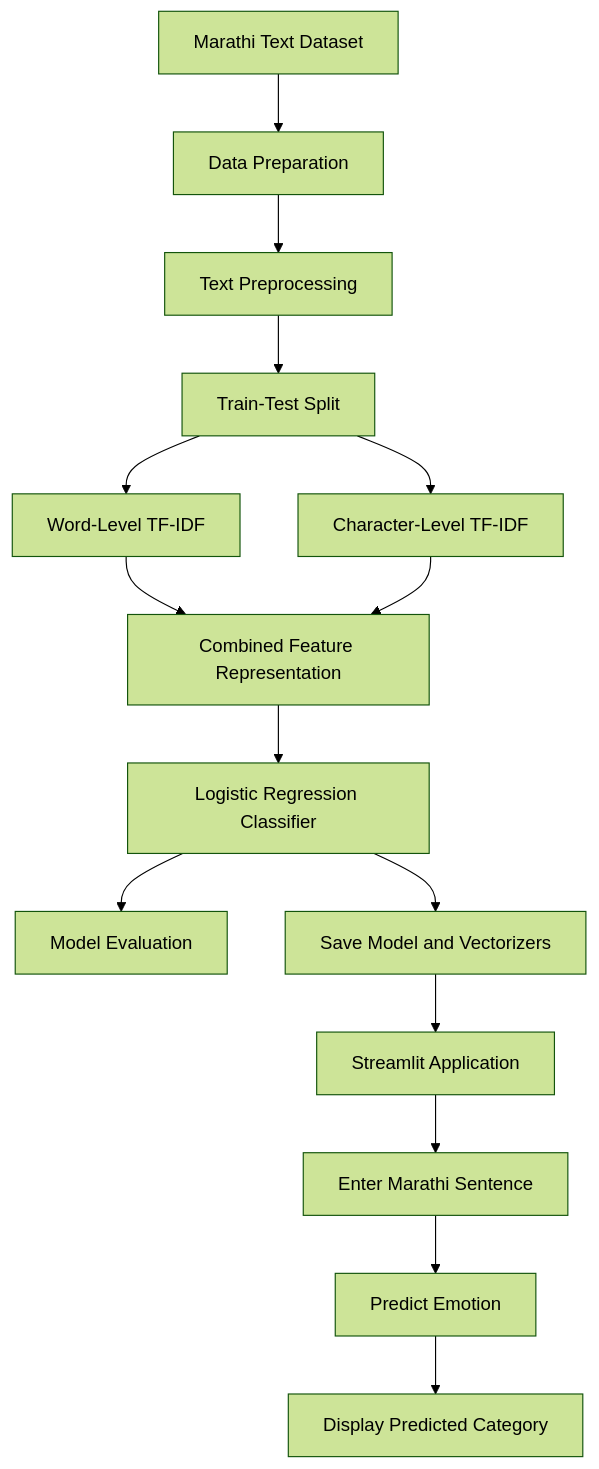
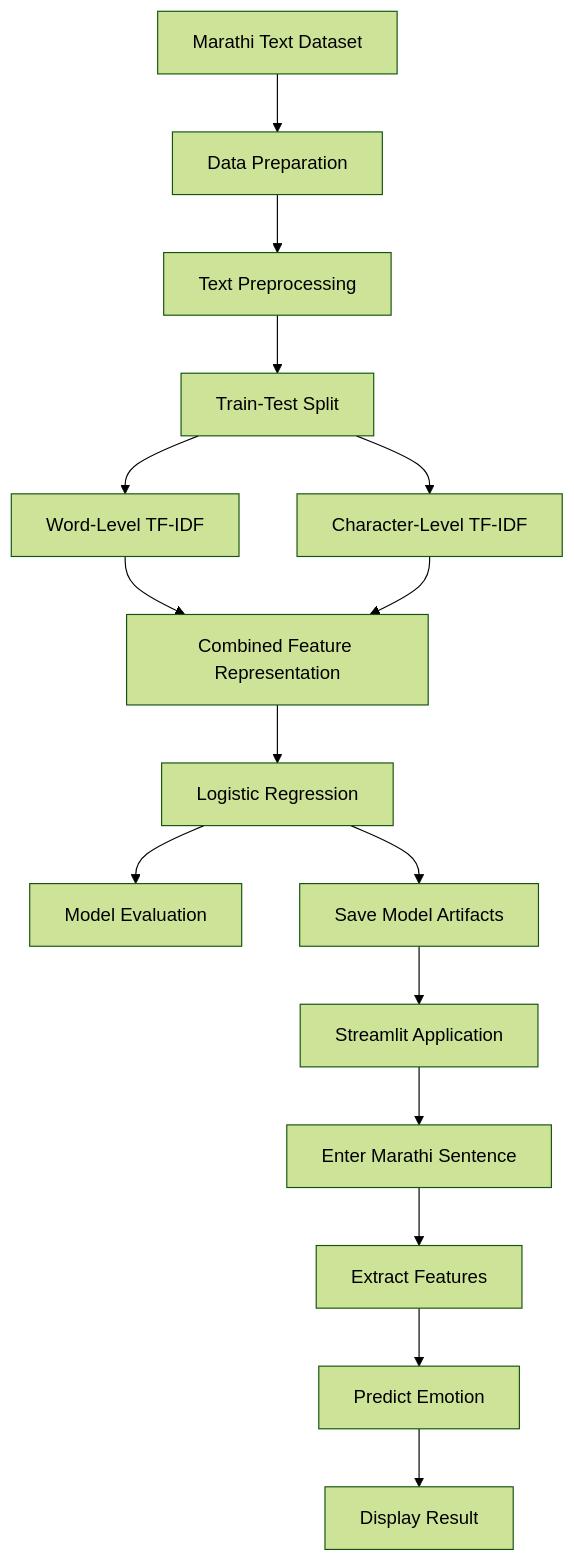
Before and after one commit to seanandrades1701/Emotion-Sense: the diagram in README.md, drawn with Mermaid (forest theme). The commit also changed other lines of this file, not shown here.

````diff
--- a/README.md
+++ b/README.md
@@ -81,17 +80,18 @@
 ```mermaid
 flowchart TD
     A[Marathi Text Dataset] --> B[Data Preparation]
     B --> C[Text Preprocessing]
     C --> D[Train-Test Split]
     D --> E[Word-Level TF-IDF]
     D --> F[Character-Level TF-IDF]
     E --> G[Combined Feature Representation]
     F --> G
-    G --> H[Logistic Regression Classifier]
+    G --> H[Logistic Regression]
     H --> I[Model Evaluation]
-    H --> J[Save Model and Vectorizers]
+    H --> J[Save Model Artifacts]
     J --> K[Streamlit Application]
     K --> L[Enter Marathi Sentence]
-    L --> M[Predict Emotion]
-    M --> N[Display Predicted Category]
+    L --> M[Extract Features]
+    M --> N[Predict Emotion]
+    N --> O[Display Result]
 ```
````
